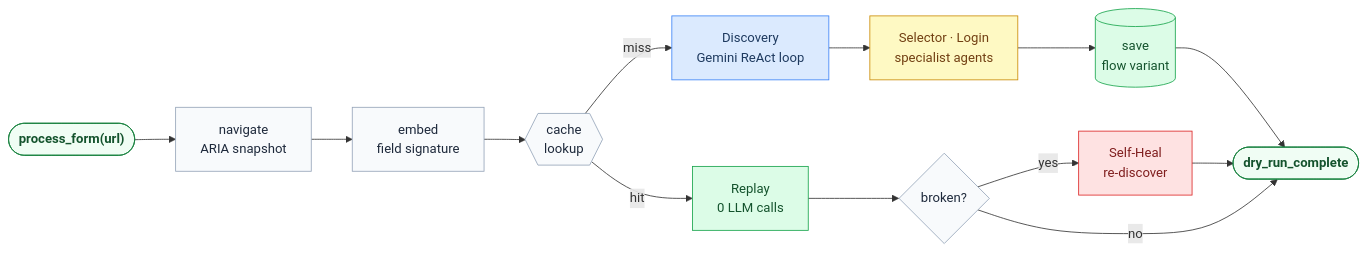
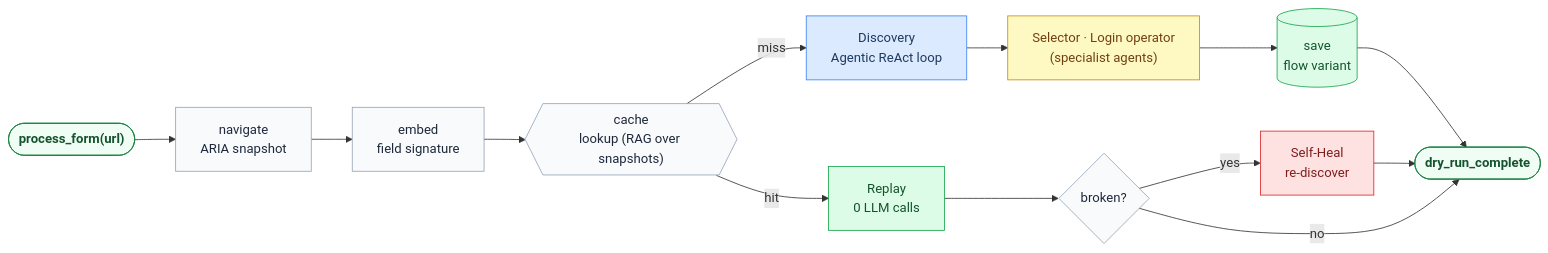
One commit to Shubhambawner/form-filler-agent changed the diagram in README.md. Above: the diagram before and after it, drawn with Mermaid. The commit also changed other lines of this file, not shown here.

````diff
--- a/README.md
+++ b/README.md
@@ -7,33 +26,33 @@
 ```mermaid
 flowchart LR
     A(["process_form(url)"]) --> B["navigate\nARIA snapshot"]
     B --> C["embed\nfield signature"]
-    C --> D{{"cache\nlookup"}}
+    C --> D{{"cache\nlookup (RAG over snapshots)"}}
 
-    D -- "miss" --> E["Discovery\nGemini ReAct loop"]
+    D -- "miss" --> E["Discovery\nAgentic ReAct loop"]
     D -- "hit" --> F["Replay\n0 LLM calls"]
 
-    E --> G["Selector · Login\nspecialist agents"]
+    E --> G["Selector · Login operator\n(specialist agents)"]
     G --> H[("save\nflow variant")]
 
     F --> I{"broken?"}
     I -- "yes" --> J["Self-Heal\nre-discover"]
     I -- "no" --> K
     H --> K
     J --> K
 
     K(["dry_run_complete"])
 
     classDef default  fill:#f8fafc,stroke:#94a3b8,color:#1e293b
     classDef llm      fill:#dbeafe,stroke:#3b82f6,color:#1e3a5f
     classDef replay   fill:#dcfce7,stroke:#16a34a,color:#14532d
     classDef agent    fill:#fef9c3,stroke:#ca8a04,color:#713f12
     classDef heal     fill:#fee2e2,stroke:#dc2626,color:#7f1d1d
     classDef terminal fill:#f0fdf4,stroke:#15803d,color:#14532d,font-weight:bold
 
     class E,G llm
     class F,H replay
     class G agent
     class J heal
     class A,K terminal
 ```
````
